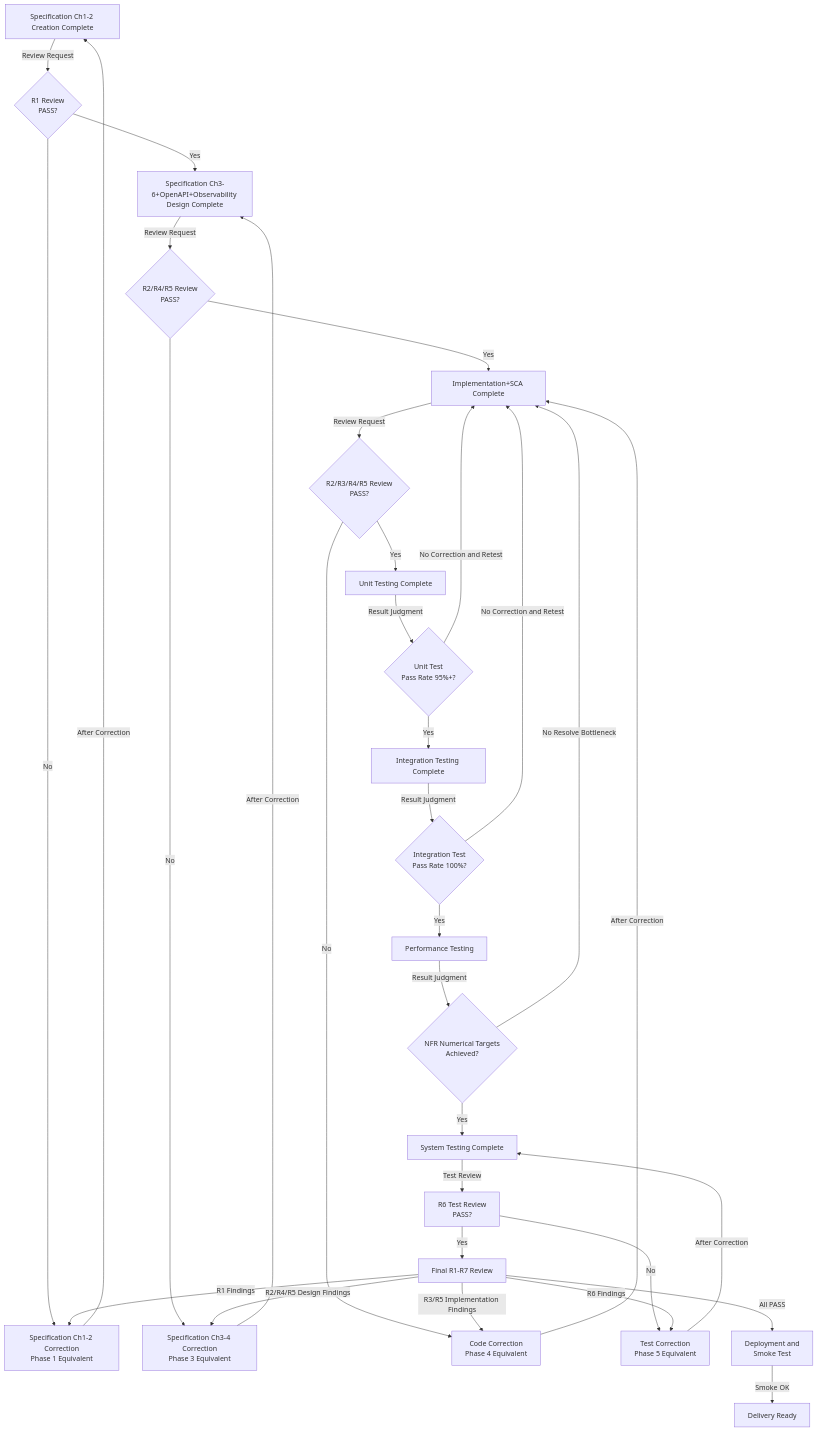
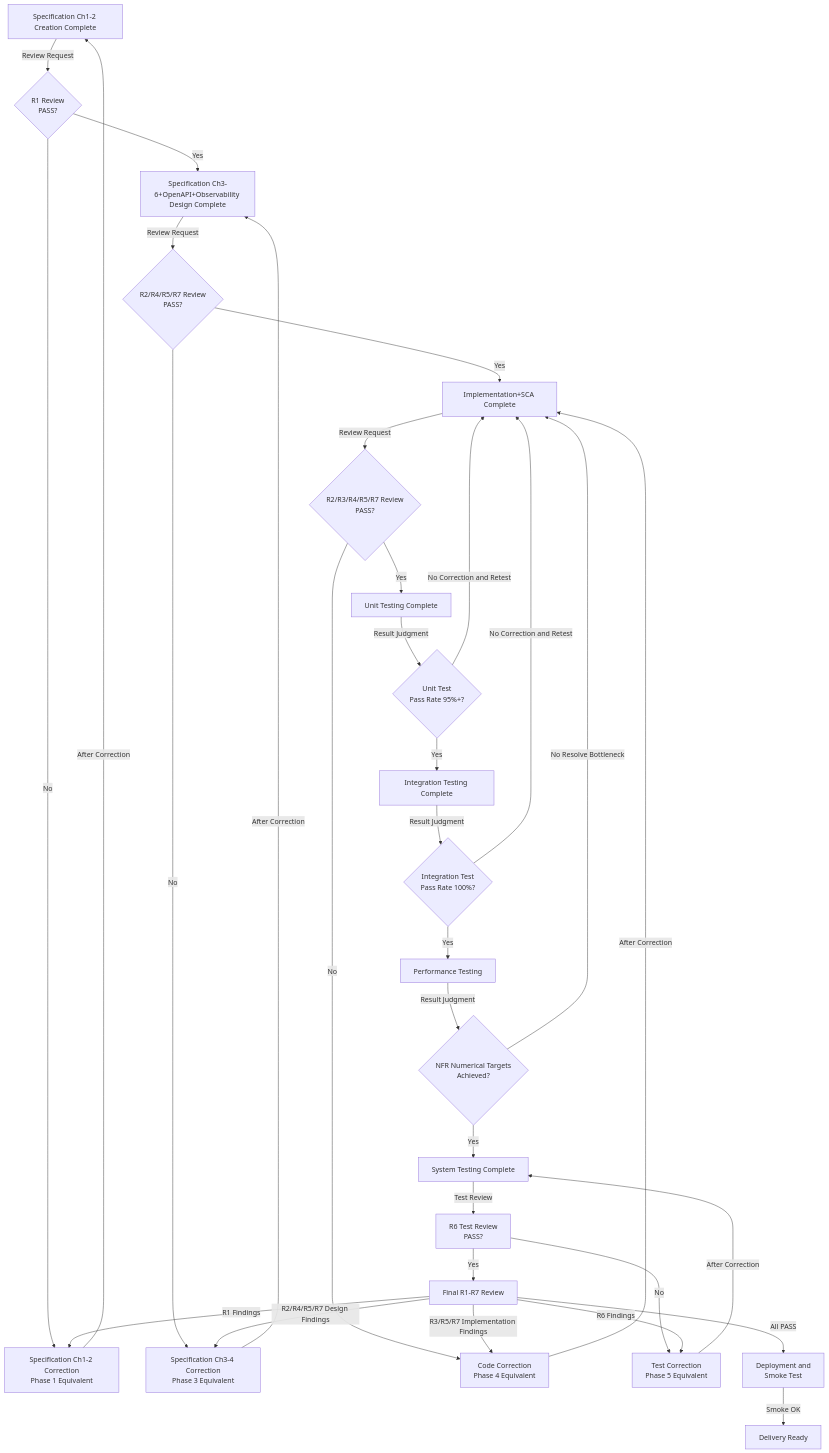
Before and after one commit to GoodRelax/gr-sw-maker: the ninth of 12 diagrams in framework-src/en/process-rules/full-auto-dev-process-rules.md, drawn with Mermaid. The commit also changed other lines of this file and 17 other files, not shown here.

````diff
--- a/framework-src/en/process-rules/full-auto-dev-process-rules.md
+++ b/framework-src/en/process-rules/full-auto-dev-process-rules.md
@@ -1907,56 +1907,56 @@
 ```mermaid
 flowchart TD
     Spec1["Specification Ch1-2 Creation Complete"]
     Spec1_Review{"R1 Review<br/>PASS?"}
     Spec2["Specification Ch3-6+OpenAPI+Observability Design Complete"]
-    Spec2_Review{"R2/R4/R5 Review<br/>PASS?"}
+    Spec2_Review{"R2/R4/R5/R7 Review<br/>PASS?"}
     Impl["Implementation+SCA Complete"]
-    Code_Review{"R2/R3/R4/R5 Review<br/>PASS?"}
+    Code_Review{"R2/R3/R4/R5/R7 Review<br/>PASS?"}
     UT["Unit Testing Complete"]
     UT_Gate{"Unit Test<br/>Pass Rate 95%+?"}
     IT["Integration Testing Complete"]
     IT_Gate{"Integration Test<br/>Pass Rate 100%?"}
     PerfT["Performance Testing"]
     Perf_Gate{"NFR Numerical Targets<br/>Achieved?"}
     ST["System Testing Complete"]
     TR["R6 Test Review<br/>PASS?"]
     Final["Final R1-R7 Review"]
     R1Fail["Specification Ch1-2 Correction<br/>Phase 1 Equivalent"]
     R2Fail["Specification Ch3-4 Correction<br/>Phase 3 Equivalent"]
     R3Fail["Code Correction<br/>Phase 4 Equivalent"]
     R6Fail["Test Correction<br/>Phase 5 Equivalent"]
     Deploy["Deployment and<br/>Smoke Test"]
     Done["Delivery Ready"]
 
     Spec1 -->|"Review Request"| Spec1_Review
     Spec1_Review -->|"Yes"| Spec2
     Spec1_Review -->|"No"| R1Fail
     R1Fail -->|"After Correction"| Spec1
     Spec2 -->|"Review Request"| Spec2_Review
     Spec2_Review -->|"Yes"| Impl
     Spec2_Review -->|"No"| R2Fail
     R2Fail -->|"After Correction"| Spec2
     Impl -->|"Review Request"| Code_Review
     Code_Review -->|"Yes"| UT
     Code_Review -->|"No"| R3Fail
     R3Fail -->|"After Correction"| Impl
     UT -->|"Result Judgment"| UT_Gate
     UT_Gate -->|"Yes"| IT
     UT_Gate -->|"No Correction and Retest"| Impl
     IT -->|"Result Judgment"| IT_Gate
     IT_Gate -->|"Yes"| PerfT
     IT_Gate -->|"No Correction and Retest"| Impl
     PerfT -->|"Result Judgment"| Perf_Gate
     Perf_Gate -->|"Yes"| ST
     Perf_Gate -->|"No Resolve Bottleneck"| Impl
     ST -->|"Test Review"| TR
     TR -->|"Yes"| Final
     TR -->|"No"| R6Fail
     R6Fail -->|"After Correction"| ST
     Final -->|"R1 Findings"| R1Fail
-    Final -->|"R2/R4/R5 Design Findings"| R2Fail
-    Final -->|"R3/R5 Implementation Findings"| R3Fail
+    Final -->|"R2/R4/R5/R7 Design Findings"| R2Fail
+    Final -->|"R3/R5/R7 Implementation Findings"| R3Fail
     Final -->|"R6 Findings"| R6Fail
     Final -->|"All PASS"| Deploy
     Deploy -->|"Smoke OK"| Done
 ```
````
